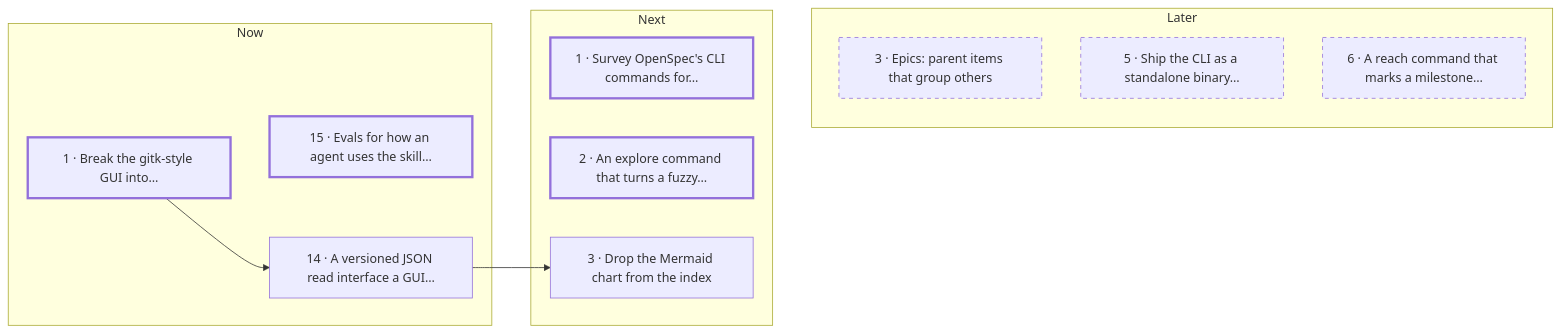
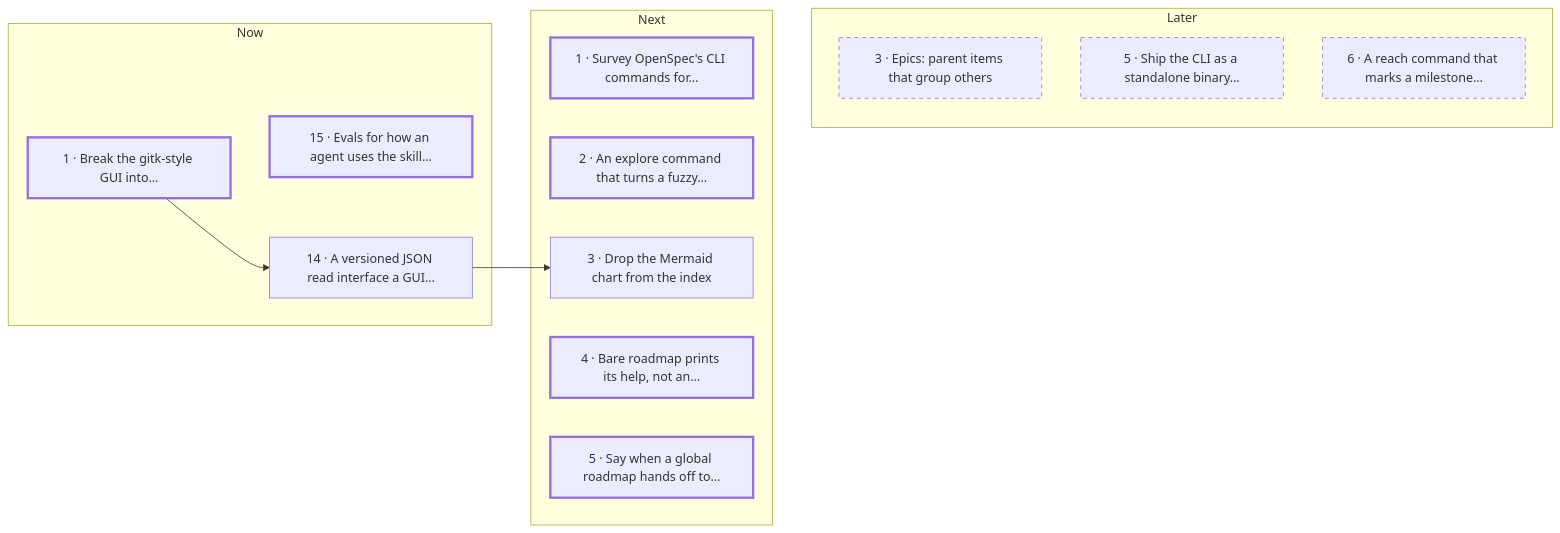
Before and after one commit to carby/simple-agentic-roadmap-skill: the diagram in roadmap/README.md, drawn with Mermaid. The commit also changed other lines of this file and 2 other files, not shown here.

Commit message:
docs(roadmap): file help-without-command and handoff-override from #33 and #34

````diff
--- a/roadmap/README.md
+++ b/roadmap/README.md
@@ -42,25 +42,27 @@
 ```mermaid
 flowchart LR
   subgraph b_now ["Now"]
     i_gui_breakdown["1 · Break the gitk-style GUI into…"]
     i_gui_read_interface["14 · A versioned JSON read interface a GUI…"]
     i_agent_behaviour_evals["15 · Evals for how an agent uses the skill…"]
   end
   subgraph b_next ["Next"]
     i_openspec_command_parity["1 · Survey OpenSpec's CLI commands for…"]
     i_explore_command["2 · An explore command that turns a fuzzy…"]
     i_drop_mermaid["3 · Drop the Mermaid chart from the index"]
+    i_help_without_command["4 · Bare roadmap prints its help, not an…"]
+    i_handoff_override["5 · Say when a global roadmap hands off to…"]
   end
   subgraph b_later ["Later"]
     i_epics["3 · Epics: parent items that group others"]
     i_standalone_binary["5 · Ship the CLI as a standalone binary…"]
     i_reach_command["6 · A reach command that marks a milestone…"]
   end
   b_now ~~~ b_next ~~~ b_later
   i_gui_breakdown --> i_gui_read_interface
   i_gui_read_interface --> i_drop_mermaid
   classDef ready stroke-width: 3px
-  class i_gui_breakdown,i_agent_behaviour_evals,i_openspec_command_parity,i_explore_command ready
+  class i_gui_breakdown,i_agent_behaviour_evals,i_openspec_command_parity,i_explore_command,i_help_without_command,i_handoff_override ready
   classDef later stroke-dasharray: 5 5
   class i_epics,i_standalone_binary,i_reach_command later
 ```
````
